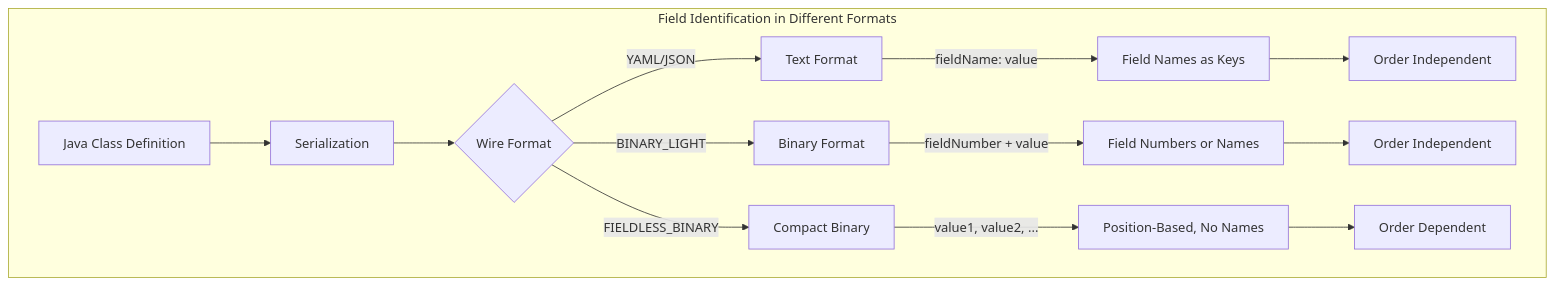
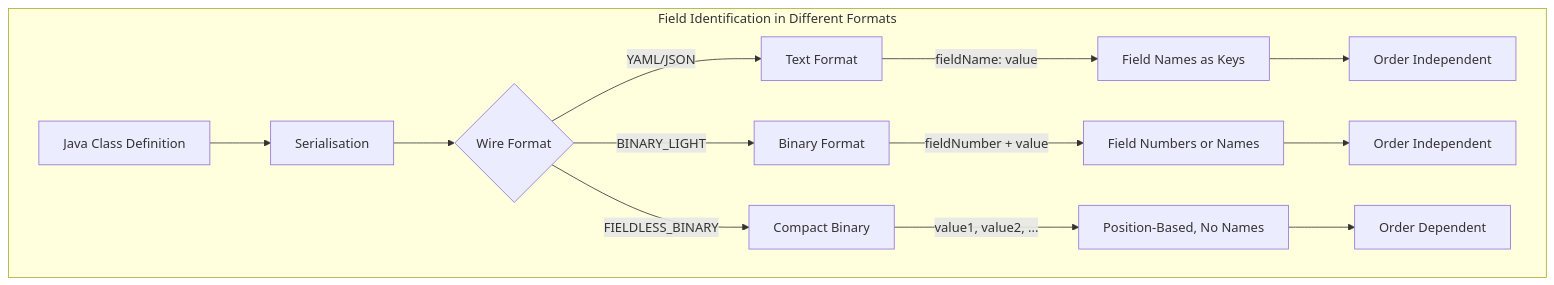
The second of 2 diagrams in src/main/adoc/wire-schema-evolution.adoc (OpenHFT/Chronicle-Wire), drawn with Mermaid before and after one commit. The commit also changed other lines of this file and 8 other files, not shown here.

```diff
--- a/src/main/adoc/wire-schema-evolution.adoc
+++ b/src/main/adoc/wire-schema-evolution.adoc
@@ -58,19 +58,19 @@
 [mermaid]
 ----
 graph TD
     subgraph "Field Identification in Different Formats"
-        A[Java Class Definition] --> B[Serialization]
+        A[Java Class Definition] --> B[Serialisation]
         B --> C{Wire Format}
         C -->|YAML/JSON| D[Text Format]
         C -->|BINARY_LIGHT| E[Binary Format]
         C -->|FIELDLESS_BINARY| F[Compact Binary]
 
         D -->|"fieldName: value"| G[Field Names as Keys]
         E -->|"fieldNumber + value"| H[Field Numbers or Names]
         F -->|"value1, value2, ..."| I[Position-Based, No Names]
 
         G --> J[Order Independent]
         H --> K[Order Independent]
         I --> L[Order Dependent]
     end
 ----
```
